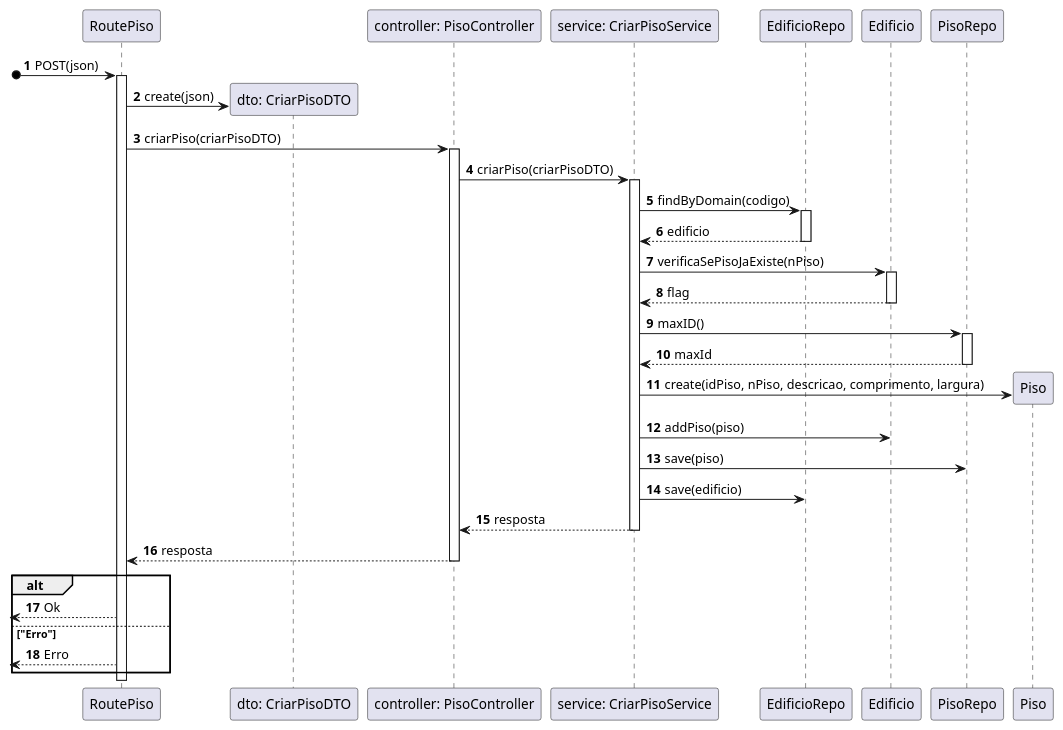
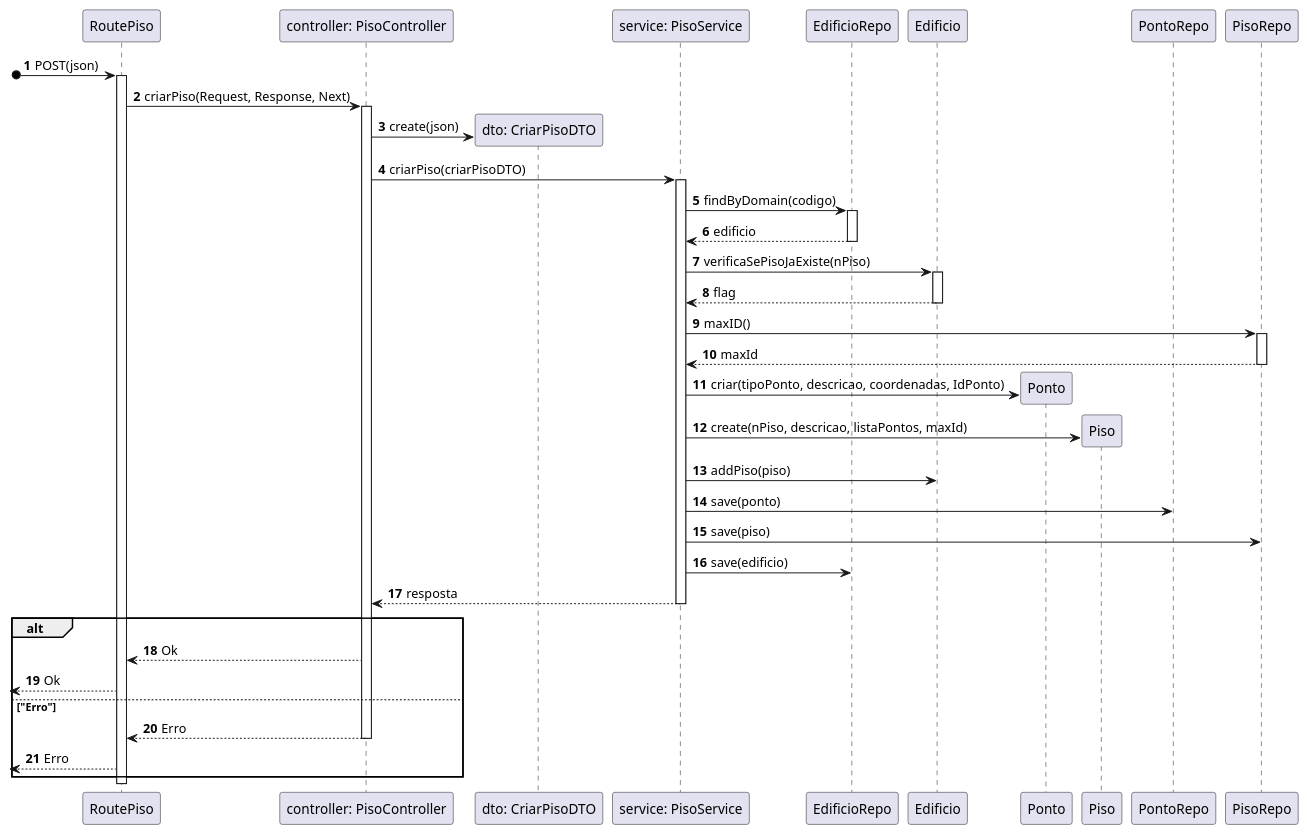
One commit to SEM5PI2324G58/sem5pi_g58_23_24 changed the diagram in docs/Sprint_A/US190/N3/US190_VP.puml. Above: the diagram before and after it, drawn with PlantUML. The commit also changed other lines of this file and 9 other files, not shown here.

```diff
--- a/docs/Sprint_A/US190/N3/US190_VP.puml
+++ b/docs/Sprint_A/US190/N3/US190_VP.puml
@@ -1,39 +1,45 @@
 autonumber
 
 participant RoutePiso as route
+participant "controller: PisoController" as ctrl
 participant "dto: CriarPisoDTO" as dto
-participant "controller: PisoController" as ctrl
-participant "service: CriarPisoService" as service
+participant "service: PisoService" as service
 participant "EdificioRepo" as edRepo
 participant "Edificio" as edificio
+participant "Ponto" as ponto
+participant "Piso" as piso
+participant "PontoRepo" as pontoRepo
 participant "PisoRepo" as pisoRepo
-participant "Piso" as piso
-
 
 [o-> route: POST(json)
 activate route
-route -> dto ** : create(json)
-route -> ctrl: criarPiso(criarPisoDTO)
+route -> ctrl: criarPiso(Request, Response, Next)
 activate ctrl
+ctrl -> dto ** : create(json)
 ctrl -> service: criarPiso(criarPisoDTO) 
 activate service
 service -> edRepo: findByDomain(codigo)
 activate edRepo
 return edificio
 service -> edificio :  verificaSePisoJaExiste(nPiso)
 activate edificio
 return flag
 service -> pisoRepo: maxID()
 activate pisoRepo
 return maxId
-service -> piso ** : create(idPiso, nPiso, descricao, comprimento, largura)
+service -> ponto ** : criar(tipoPonto, descricao, coordenadas, IdPonto)
+service -> piso ** : create(nPiso, descricao, listaPontos, maxId)
 service -> edificio: addPiso(piso)
+service -> pontoRepo: save(ponto)
 service -> pisoRepo: save(piso)
 service -> edRepo: save(edificio)
 return resposta
-return resposta
 alt
+route <-- ctrl: Ok
 <-- route: Ok
 else "Erro"
+route <-- ctrl: Erro
+deactivate ctrl
 <-- route: Erro
 end alt
+deactivate route
```
